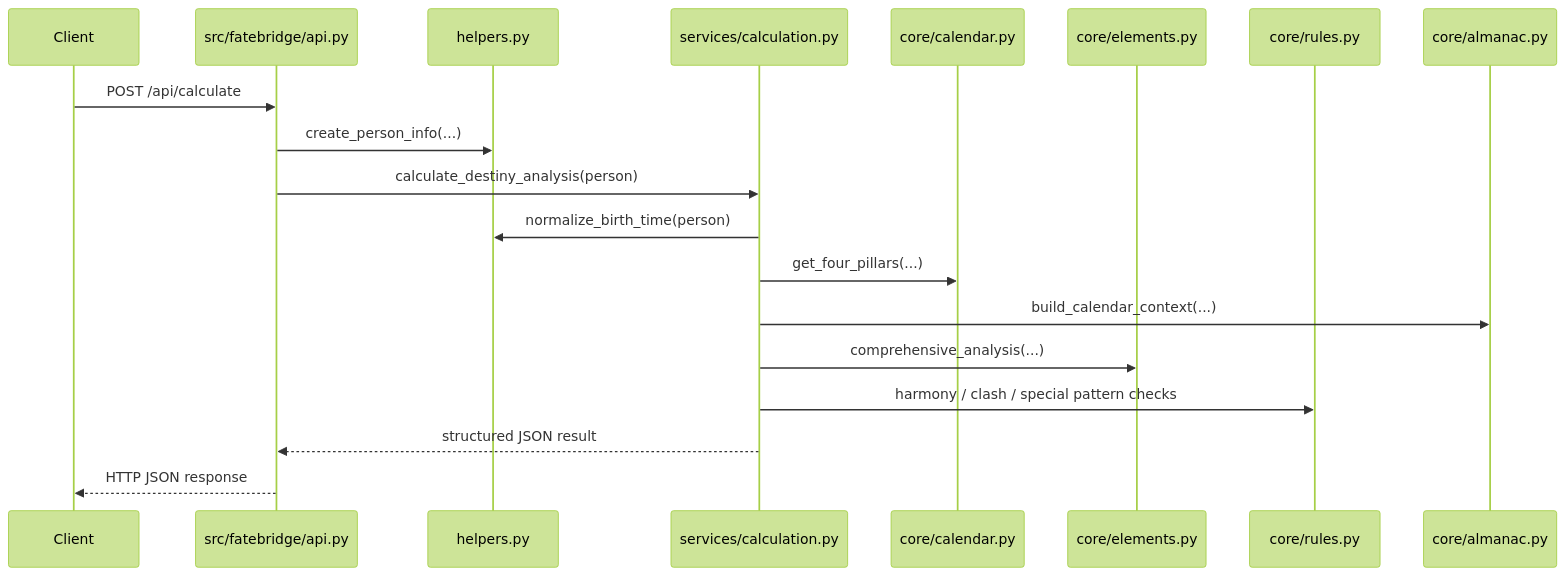
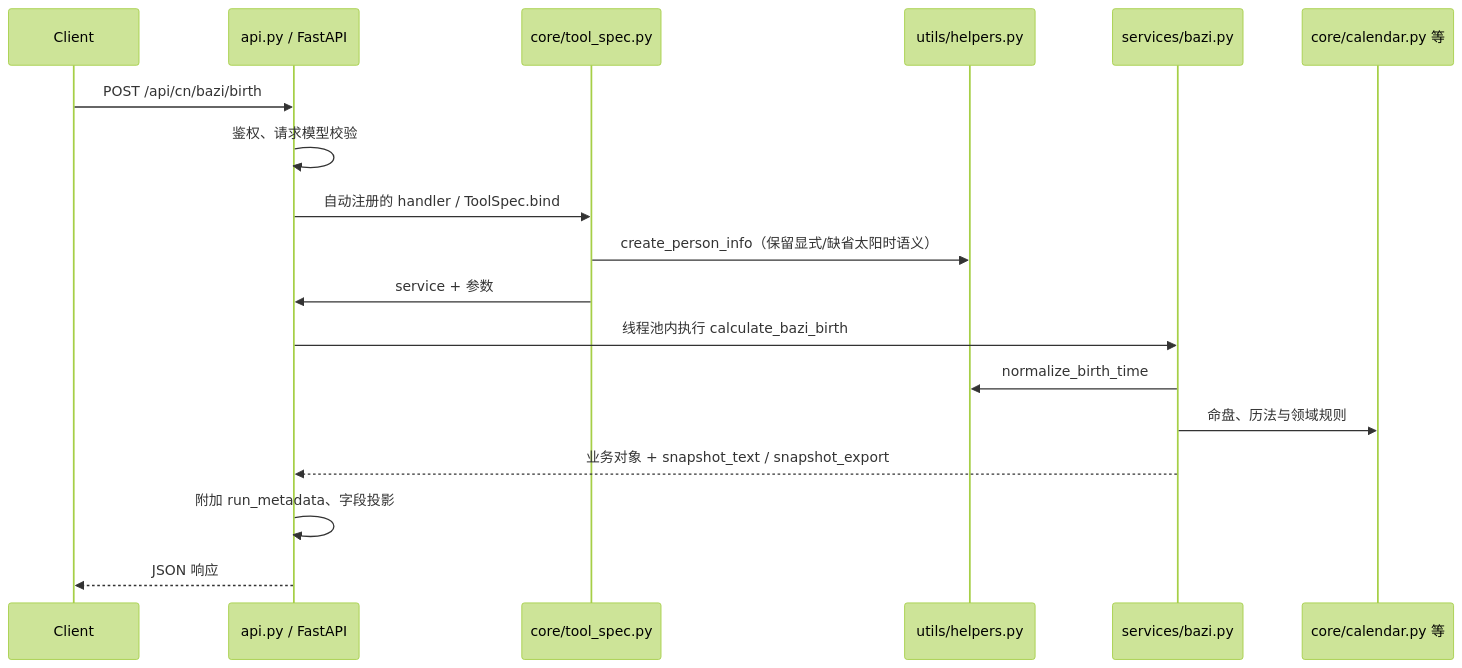
The second of 2 diagrams in docs/architecture.md (Yonder-Lab/FateBridge), drawn with Mermaid (forest theme) before and after one commit. The commit also changed other lines of this file and 28 other files, not shown here.

Commit message:
Update tool catalog and snapshot documentation

````diff
--- a/docs/architecture.md
+++ b/docs/architecture.md
@@ -52,22 +52,20 @@
 ```mermaid
 sequenceDiagram
     participant C as Client
-    participant API as src/fatebridge/api.py
-    participant H as helpers.py
-    participant S as services/calculation.py
-    participant CAL as core/calendar.py
-    participant ELE as core/elements.py
-    participant RULE as core/rules.py
-    participant ALM as core/almanac.py
-
-    C->>API: POST /api/calculate
-    API->>H: create_person_info(...)
-    API->>S: calculate_destiny_analysis(person)
-    S->>H: normalize_birth_time(person)
-    S->>CAL: get_four_pillars(...)
-    S->>ALM: build_calendar_context(...)
-    S->>ELE: comprehensive_analysis(...)
-    S->>RULE: harmony / clash / special pattern checks
-    S-->>API: structured JSON result
-    API-->>C: HTTP JSON response
+    participant A as api.py / FastAPI
+    participant R as core/tool_spec.py
+    participant H as utils/helpers.py
+    participant S as services/bazi.py
+    participant D as core/calendar.py 等
+    C->>A: POST /api/cn/bazi/birth
+    A->>A: 鉴权、请求模型校验
+    A->>R: 自动注册的 handler / ToolSpec.bind
+    R->>H: create_person_info（保留显式/缺省太阳时语义）
+    R->>A: service + 参数
+    A->>S: 线程池内执行 calculate_bazi_birth
+    S->>H: normalize_birth_time
+    S->>D: 命盘、历法与领域规则
+    S-->>A: 业务对象 + snapshot_text / snapshot_export
+    A->>A: 附加 run_metadata、字段投影
+    A-->>C: JSON 响应
 ```
````
